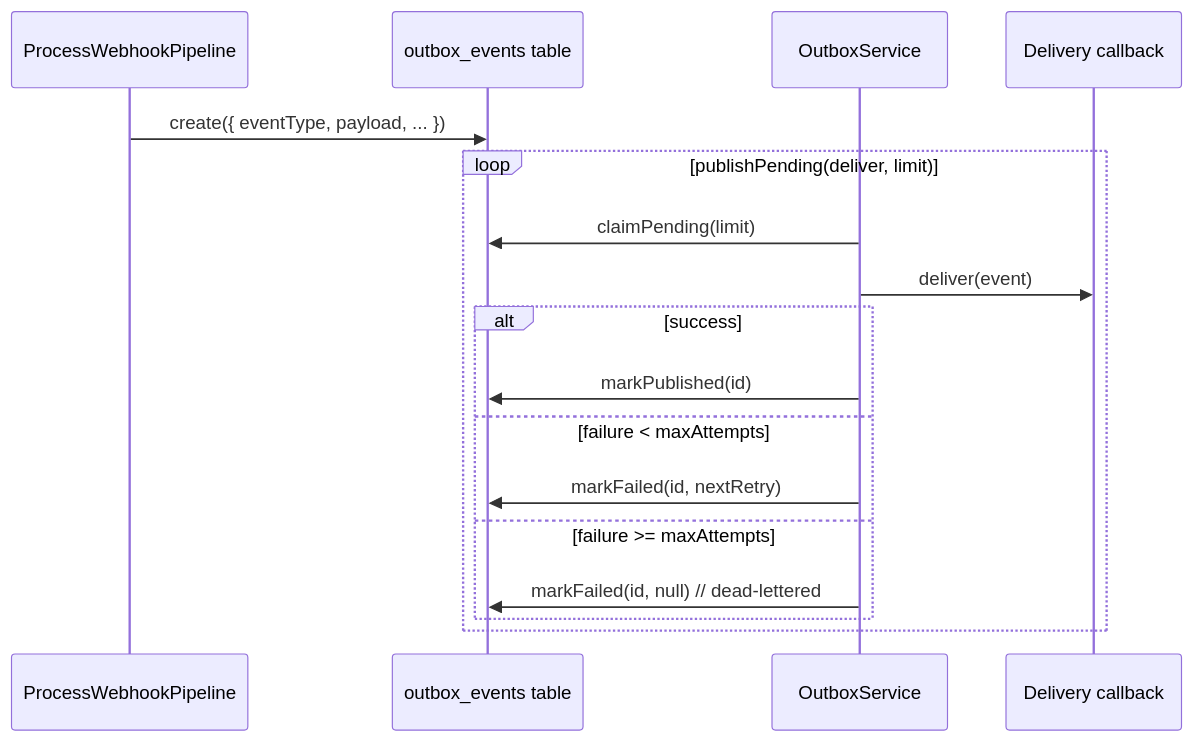
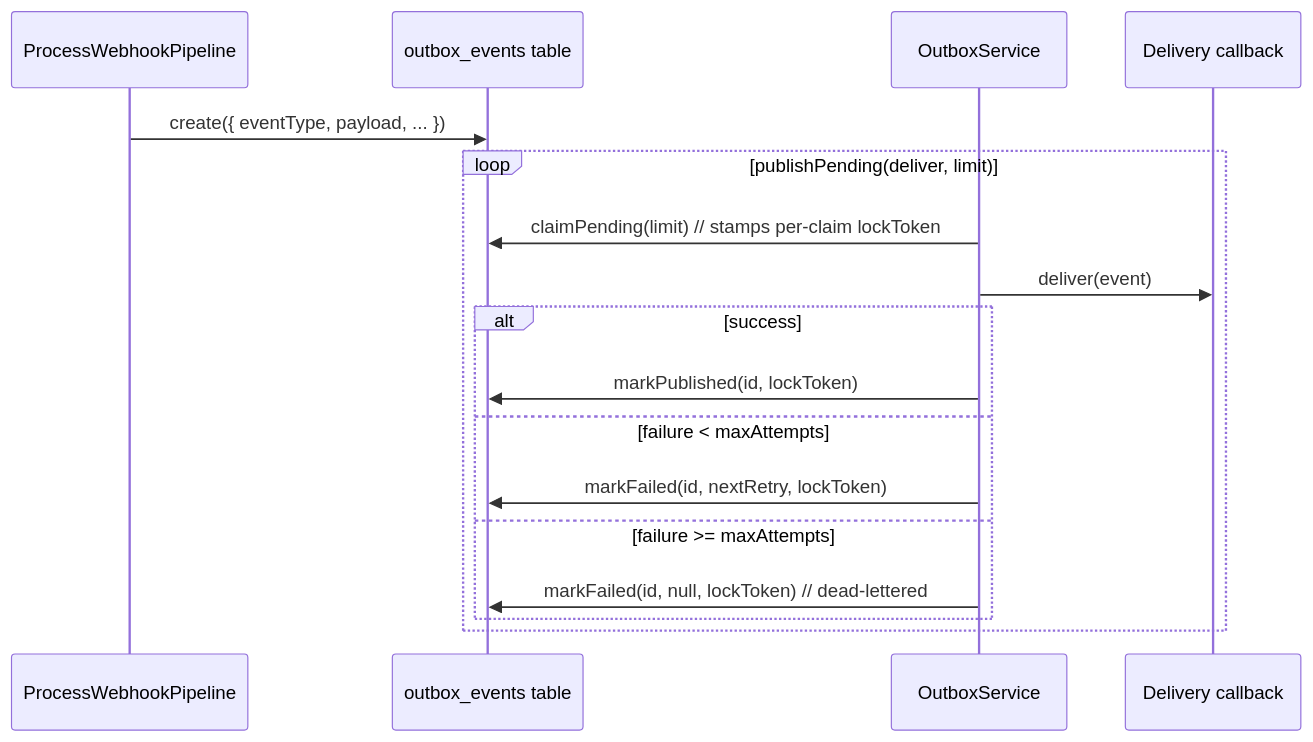
The fourth of 5 diagrams in _docs_src/27-data-flows.md (kidiatoliny/payable-docs), drawn with Mermaid before and after one commit. The commit also changed other lines of this file and 31 other files, not shown here.

````diff
--- a/_docs_src/27-data-flows.md
+++ b/_docs_src/27-data-flows.md
@@ -121,19 +123,19 @@
 ```mermaid
 sequenceDiagram
   participant Pipeline as ProcessWebhookPipeline
   participant Outbox as outbox_events table
   participant Service as OutboxService
   participant Deliver as Delivery callback
   Pipeline->>Outbox: create({ eventType, payload, ... })
   loop publishPending(deliver, limit)
-    Service->>Outbox: claimPending(limit)
+    Service->>Outbox: claimPending(limit)  // stamps per-claim lockToken
     Service->>Deliver: deliver(event)
     alt success
-      Service->>Outbox: markPublished(id)
+      Service->>Outbox: markPublished(id, lockToken)
     else failure < maxAttempts
-      Service->>Outbox: markFailed(id, nextRetry)
+      Service->>Outbox: markFailed(id, nextRetry, lockToken)
     else failure >= maxAttempts
-      Service->>Outbox: markFailed(id, null)  // dead-lettered
+      Service->>Outbox: markFailed(id, null, lockToken)  // dead-lettered
     end
   end
 ```
````
